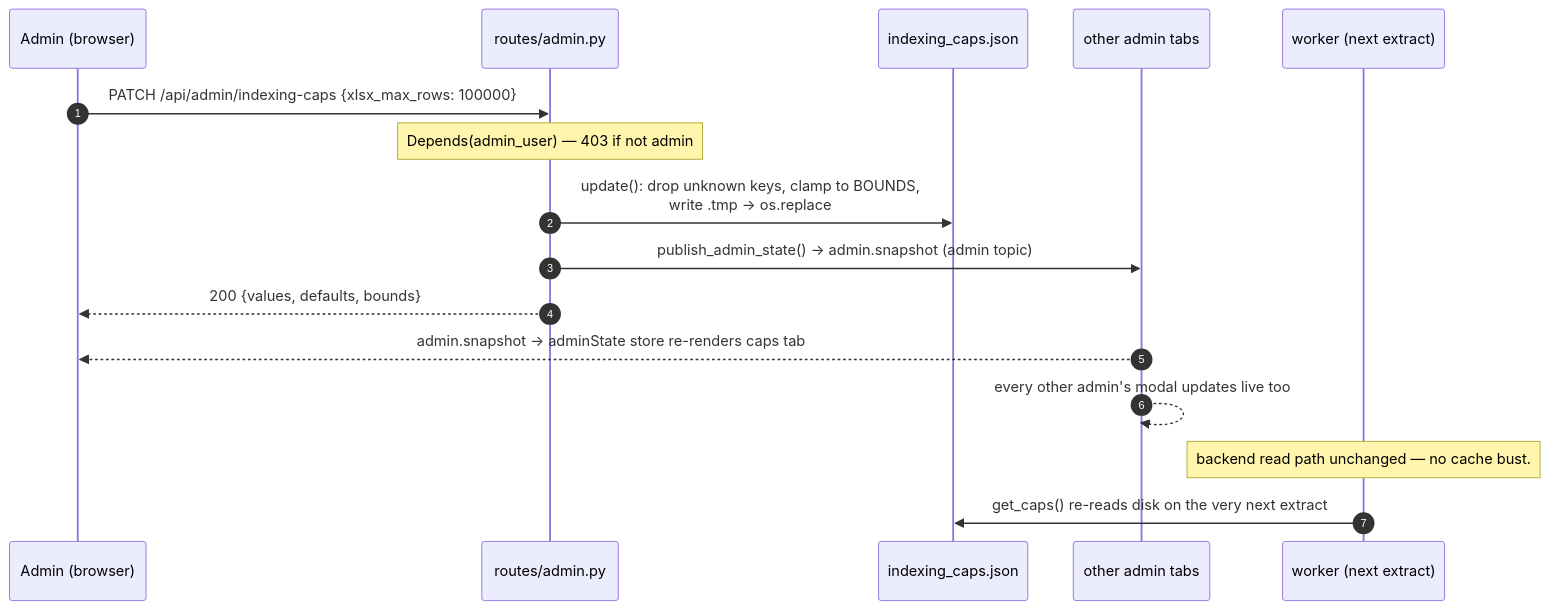
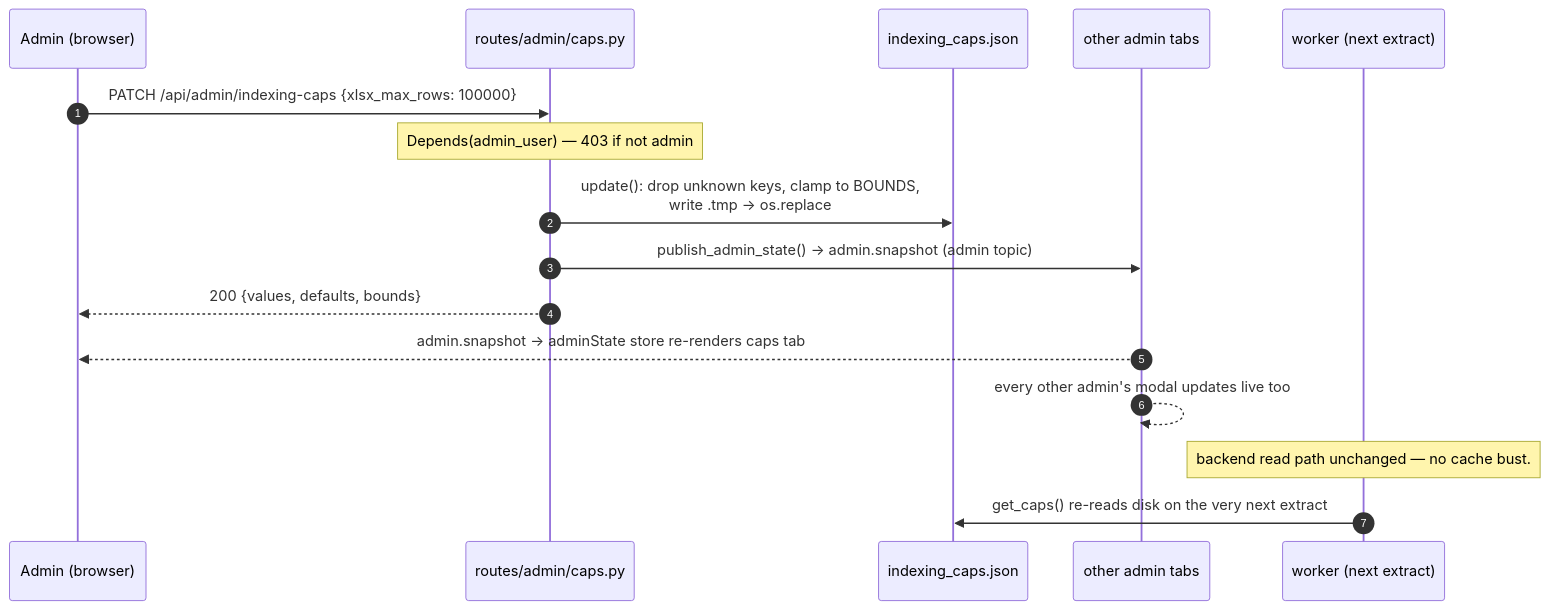
Before and after one commit to voitta-ai/voitta-rag-enterprise: diagram 14 of 21 in docs/OPERATIONS.md, drawn with Mermaid. The commit also changed other lines of this file and 12 other files, not shown here.

````diff
--- a/docs/OPERATIONS.md
+++ b/docs/OPERATIONS.md
@@ -889,19 +940,19 @@
 ```mermaid
 sequenceDiagram
     autonumber
     participant A as Admin (browser)
-    participant API as routes/admin.py
+    participant API as routes/admin/caps.py
     participant CAPS as indexing_caps.json
     participant WS as other admin tabs
     participant WK as worker (next extract)
 
     A->>API: PATCH /api/admin/indexing-caps {xlsx_max_rows: 100000}
     Note over API: Depends(admin_user) — 403 if not admin
     API->>CAPS: update(): drop unknown keys, clamp to BOUNDS,<br/>write .tmp → os.replace
     API->>WS: publish_admin_state() → admin.snapshot (admin topic)
     API-->>A: 200 {values, defaults, bounds}
     WS-->>A: admin.snapshot → adminState store re-renders caps tab
     WS-->>WS: every other admin's modal updates live too
     Note over WK: backend read path unchanged — no cache bust.
     WK->>CAPS: get_caps() re-reads disk on the very next extract
 ```
````
